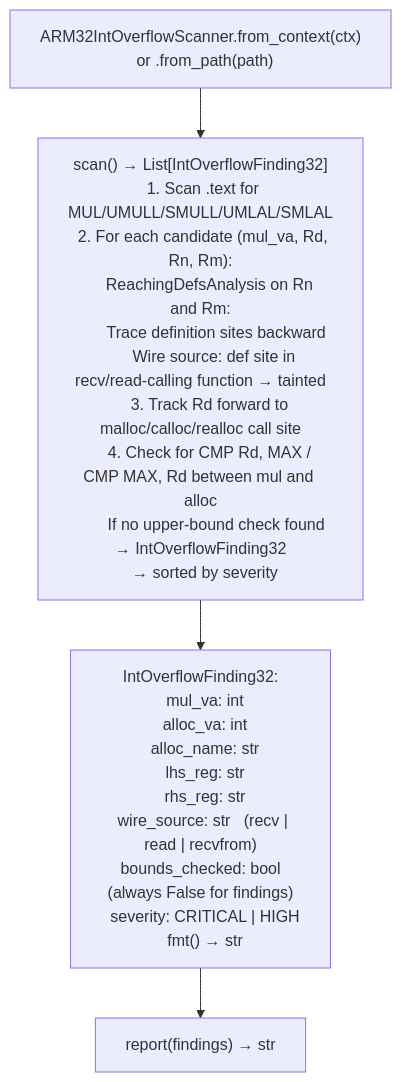
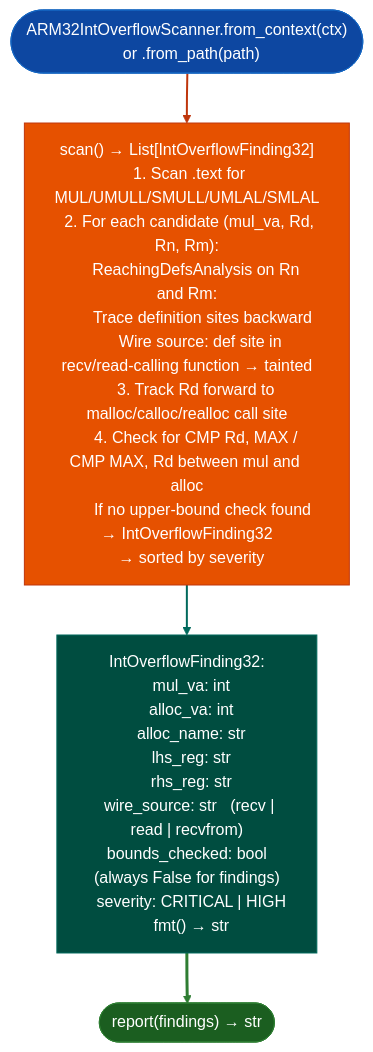
Before and after one commit to Ablation-Tool/ablation: the diagram in docs/reference-modules/unnamed-arm64-library-call-classification.md, drawn with Mermaid. The commit also changed 320 other files, not shown here.

First line of the commit message:
docs: apply canonical Mermaid template to all 321 diagrams

````diff
--- a/docs/reference-modules/unnamed-arm64-library-call-classification.md
+++ b/docs/reference-modules/unnamed-arm64-library-call-classification.md
@@ -19,6 +19,15 @@
 ```mermaid
 flowchart TD
-    A["ARM32IntOverflowScanner.from_context(ctx)\n  or .from_path(path)"] --> B["scan() → List[IntOverflowFinding32]\n  1. Scan .text for MUL/UMULL/SMULL/UMLAL/SMLAL\n  2. For each candidate (mul_va, Rd, Rn, Rm):\n     ReachingDefsAnalysis on Rn and Rm:\n       Trace definition sites backward\n       Wire source: def site in recv/read-calling function → tainted\n     3. Track Rd forward to malloc/calloc/realloc call site\n     4. Check for CMP Rd, MAX / CMP MAX, Rd between mul and alloc\n        If no upper-bound check found → IntOverflowFinding32\n  → sorted by severity"]
-    B --> C["IntOverflowFinding32:\n  mul_va: int\n  alloc_va: int\n  alloc_name: str\n  lhs_reg: str\n  rhs_reg: str\n  wire_source: str   (recv | read | recvfrom)\n  bounds_checked: bool  (always False for findings)\n  severity: CRITICAL | HIGH\n  fmt() → str"]
-    C --> D["report(findings) → str"]
+    A(["ARM32IntOverflowScanner.from_context(ctx)\n  or .from_path(path)"]):::input --> B["scan() → List[IntOverflowFinding32]\n  1. Scan .text for MUL/UMULL/SMULL/UMLAL/SMLAL\n  2. For each candidate (mul_va, Rd, Rn, Rm):\n     ReachingDefsAnalysis on Rn and Rm:\n       Trace definition sites backward\n       Wire source: def site in recv/read-calling function → tainted\n     3. Track Rd forward to malloc/calloc/realloc call site\n     4. Check for CMP Rd, MAX / CMP MAX, Rd between mul and alloc\n        If no upper-bound check found → IntOverflowFinding32\n  → sorted by severity"]:::primary
+    B:::primary --> C["IntOverflowFinding32:\n  mul_va: int\n  alloc_va: int\n  alloc_name: str\n  lhs_reg: str\n  rhs_reg: str\n  wire_source: str   (recv | read | recvfrom)\n  bounds_checked: bool  (always False for findings)\n  severity: CRITICAL | HIGH\n  fmt() → str"]:::secondary
+    C:::secondary --> D(["report(findings) → str"]):::output
+    classDef input     fill:#0d47a1,stroke:#1565c0,color:#fff
+    classDef primary   fill:#e65100,stroke:#bf360c,color:#fff
+    classDef secondary fill:#004d40,stroke:#00695c,color:#fff
+    classDef tertiary  fill:#4a148c,stroke:#6a1b9a,color:#fff
+    classDef neutral   fill:#37474f,stroke:#546e7a,color:#fff
+    classDef output    fill:#1b5e20,stroke:#2e7d32,color:#fff
+    linkStyle 0 stroke:#bf360c,stroke-width:2px
+    linkStyle 1 stroke:#00695c,stroke-width:2px
+    linkStyle 2 stroke:#2e7d32,stroke-width:3px
 ```
````
